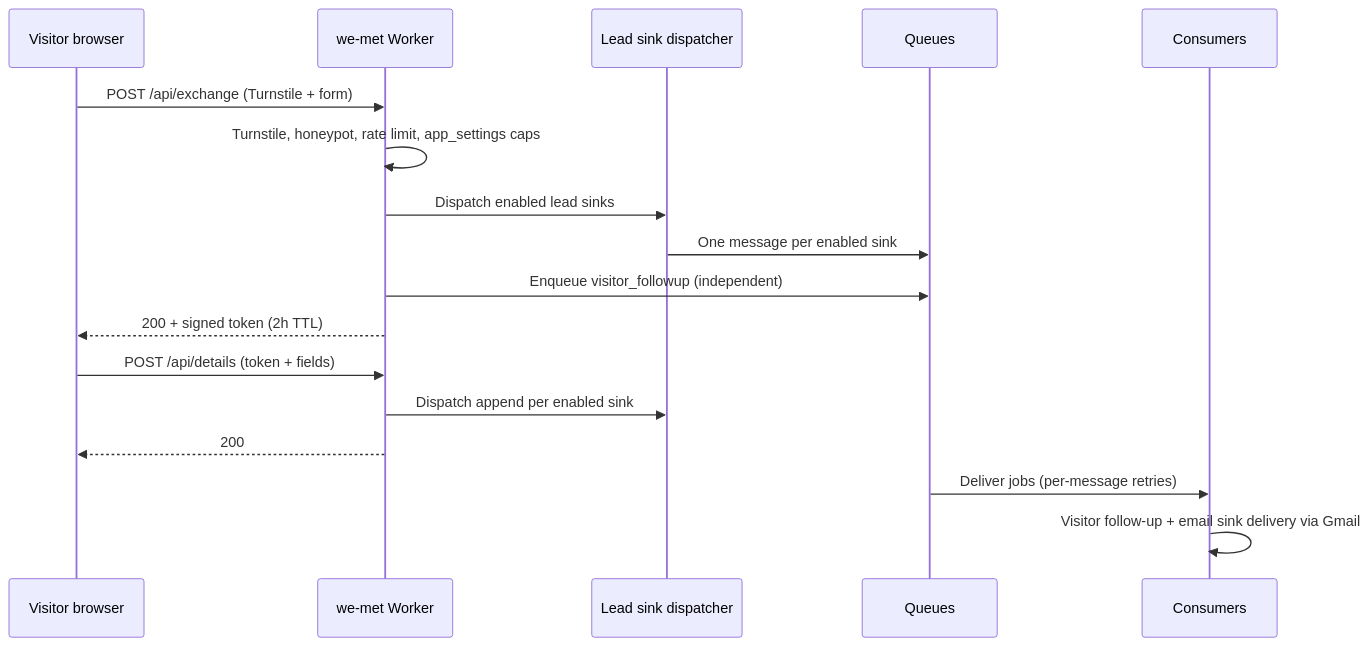
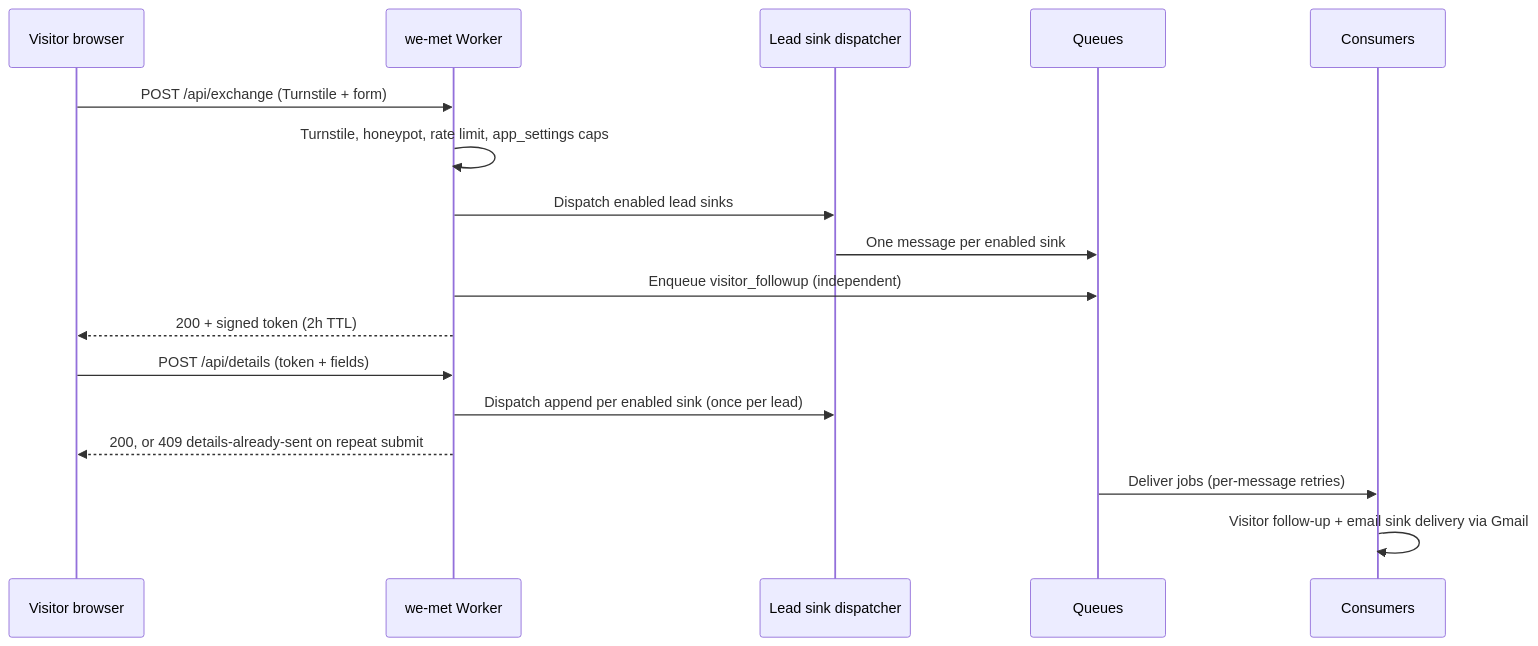
One commit to didi-build/we-met changed the diagram in docs/architecture/overview.md. Above: the diagram before and after it, drawn with Mermaid. The commit also changed 24 other files, not shown here.

First line of the commit message:
fix(DIDI-605): details one-and-done — 409 on repeat submit, Contact sent UI (#48)

````diff
--- a/docs/architecture/overview.md
+++ b/docs/architecture/overview.md
@@ -60,22 +60,22 @@
 ```mermaid
 sequenceDiagram
   participant V as Visitor browser
   participant M as we-met Worker
   participant D as Lead sink dispatcher
   participant Q as Queues
   participant C as Consumers
 
   V->>M: POST /api/exchange (Turnstile + form)
   M->>M: Turnstile, honeypot, rate limit, app_settings caps
   M->>D: Dispatch enabled lead sinks
   D->>Q: One message per enabled sink
   M->>Q: Enqueue visitor_followup (independent)
   M-->>V: 200 + signed token (2h TTL)
 
   V->>M: POST /api/details (token + fields)
-  M->>D: Dispatch append per enabled sink
-  M-->>V: 200
+  M->>D: Dispatch append per enabled sink (once per lead)
+  M-->>V: 200, or 409 details-already-sent on repeat submit
 
   Q->>C: Deliver jobs (per-message retries)
   C->>C: Visitor follow-up + email sink delivery via Gmail
 ```
````
